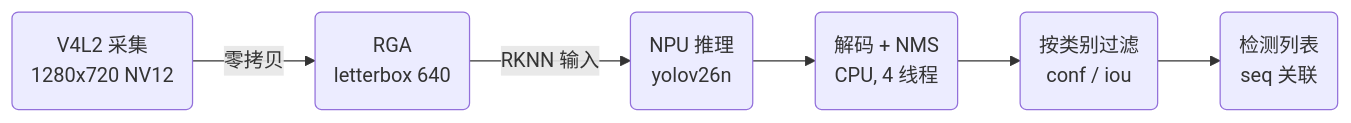
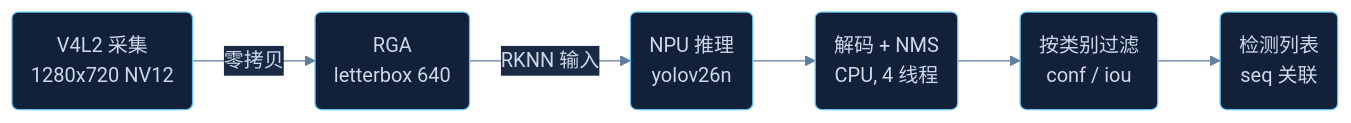
One commit to qianruo-orange/autonomous-driving-car changed the third of 8 diagrams in README.md. Above: the diagram before and after it, drawn with Mermaid. The commit also changed other lines of this file, not shown here.

Commit message:
docs: dark-theme mermaid init, drop subgraphs from the scheduling diagram

````diff
--- a/README.md
+++ b/README.md
@@ -133,8 +134,9 @@
 ```mermaid
+%%{init: {'theme':'base','themeVariables':{'primaryColor':'#12203a','primaryTextColor':'#cdd9e8','primaryBorderColor':'#5ec2f0','lineColor':'#5e7ea0','secondaryColor':'#1a2a44','tertiaryColor':'#0f1a2e','fontFamily':'Segoe UI, Helvetica, Arial, sans-serif'}}}%%
 flowchart LR
     A(V4L2 采集<br/>1280x720 NV12) -->|零拷贝| B(RGA<br/>letterbox 640)
     B -->|RKNN 输入| C(NPU 推理<br/>yolov26n)
     C --> D(解码 + NMS<br/>CPU, 4 线程)
     D --> E(按类别过滤<br/>conf / iou)
     E --> F(检测列表<br/>seq 关联)
 ```
````
